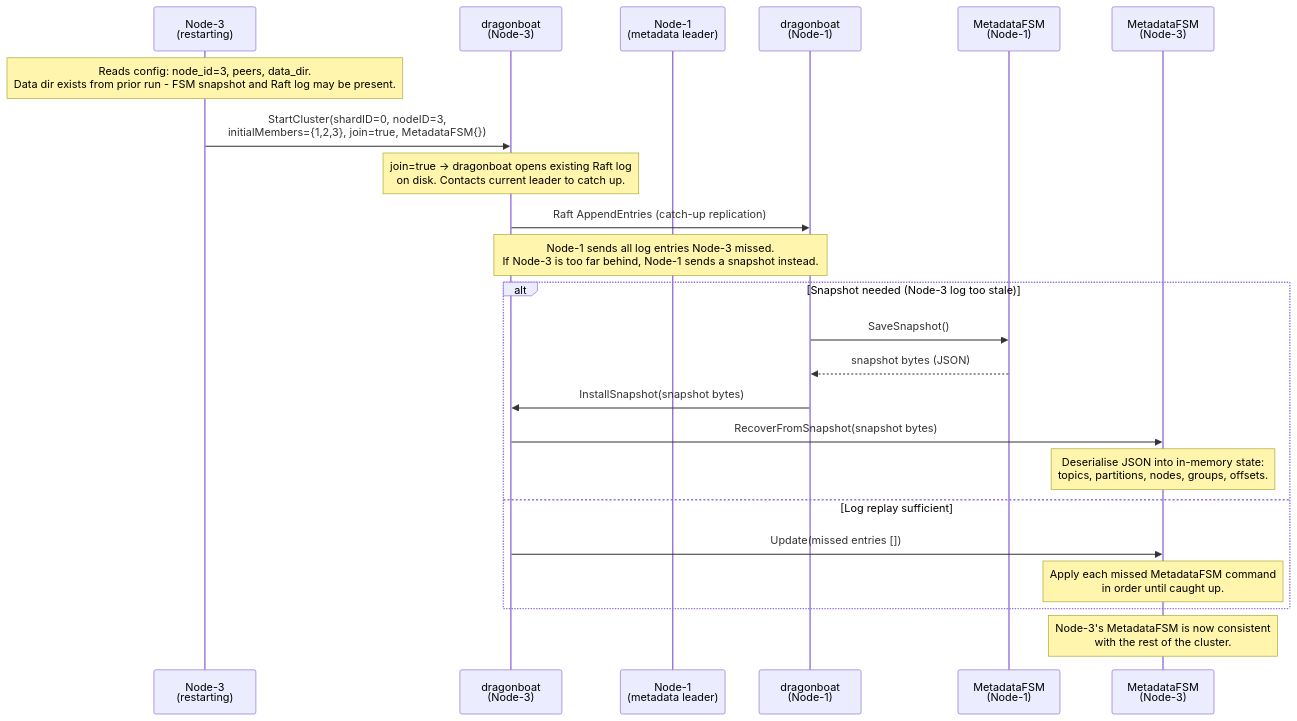
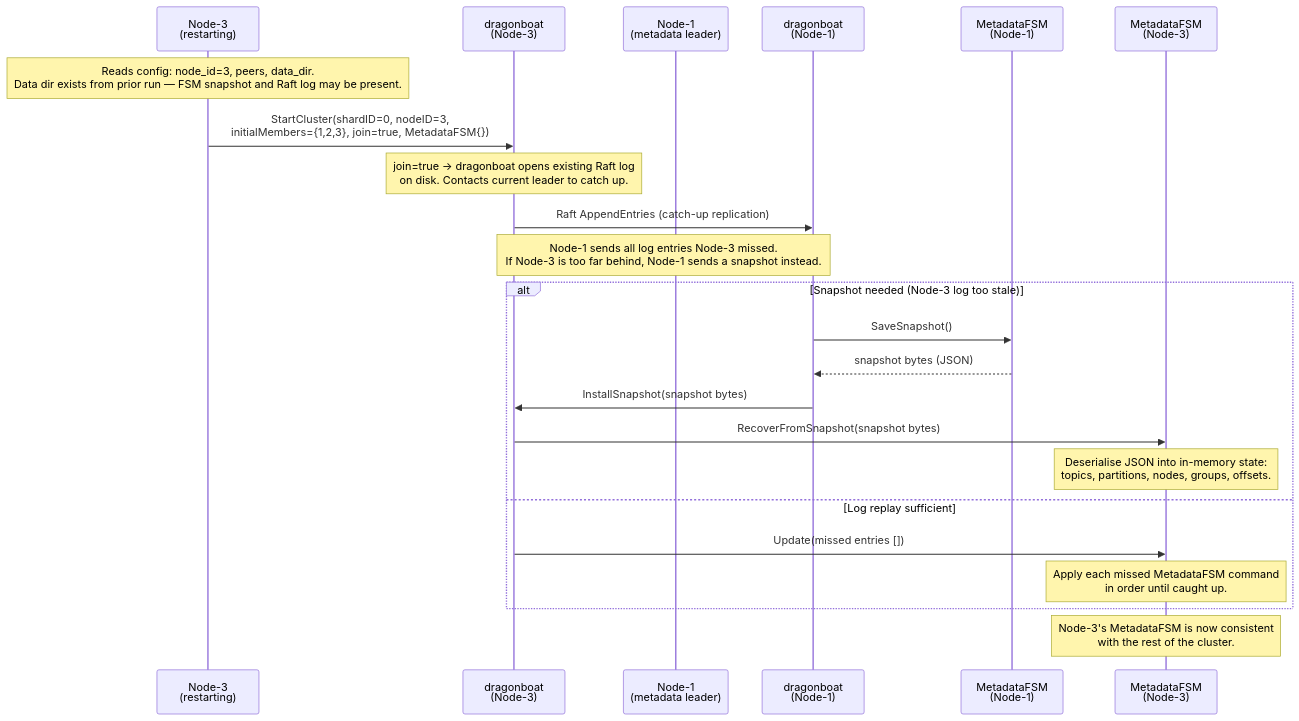
Before and after one commit to bunnymq/bunnymq: the first of 4 diagrams in docs/design/sequence/startup-node-join.md, drawn with Mermaid. The commit also changed other lines of this file and 86 other files, not shown here.

````diff
--- a/docs/design/sequence/startup-node-join.md
+++ b/docs/design/sequence/startup-node-join.md
@@ -9,30 +9,30 @@
 ```mermaid
 sequenceDiagram
     participant N3 as Node-3<br/>(restarting)
     participant DB3 as dragonboat<br/>(Node-3)
     participant N1 as Node-1<br/>(metadata leader)
     participant DB1 as dragonboat<br/>(Node-1)
     participant MFSM1 as MetadataFSM<br/>(Node-1)
     participant MFSM3 as MetadataFSM<br/>(Node-3)
 
-    Note over N3: Reads config: node_id=3, peers, data_dir.<br/>Data dir exists from prior run - FSM snapshot and Raft log may be present.
+    Note over N3: Reads config: node_id=3, peers, data_dir.<br/>Data dir exists from prior run — FSM snapshot and Raft log may be present.
 
     N3->>DB3: StartCluster(shardID=0, nodeID=3,<br/>initialMembers={1,2,3}, join=true, MetadataFSM{})
     Note over DB3: join=true → dragonboat opens existing Raft log<br/>on disk. Contacts current leader to catch up.
 
     DB3->>DB1: Raft AppendEntries (catch-up replication)
     Note over DB1,DB3: Node-1 sends all log entries Node-3 missed.<br/>If Node-3 is too far behind, Node-1 sends a snapshot instead.
 
     alt Snapshot needed (Node-3 log too stale)
         DB1->>MFSM1: SaveSnapshot()
         MFSM1-->>DB1: snapshot bytes (JSON)
         DB1->>DB3: InstallSnapshot(snapshot bytes)
         DB3->>MFSM3: RecoverFromSnapshot(snapshot bytes)
         Note over MFSM3: Deserialise JSON into in-memory state:<br/>topics, partitions, nodes, groups, offsets.
     else Log replay sufficient
         DB3->>MFSM3: Update(missed entries [])
         Note over MFSM3: Apply each missed MetadataFSM command<br/>in order until caught up.
     end
 
     Note over MFSM3: Node-3's MetadataFSM is now consistent<br/>with the rest of the cluster.
 ```
````
